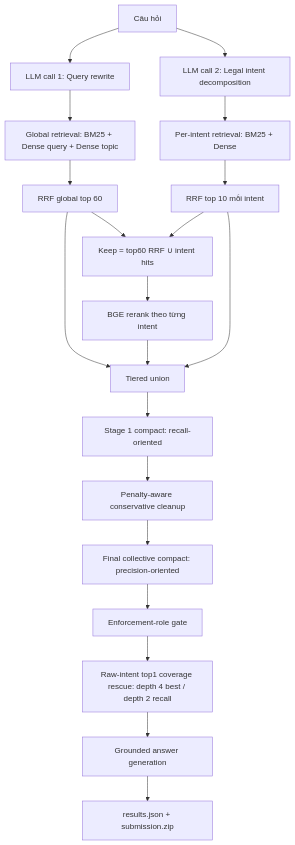
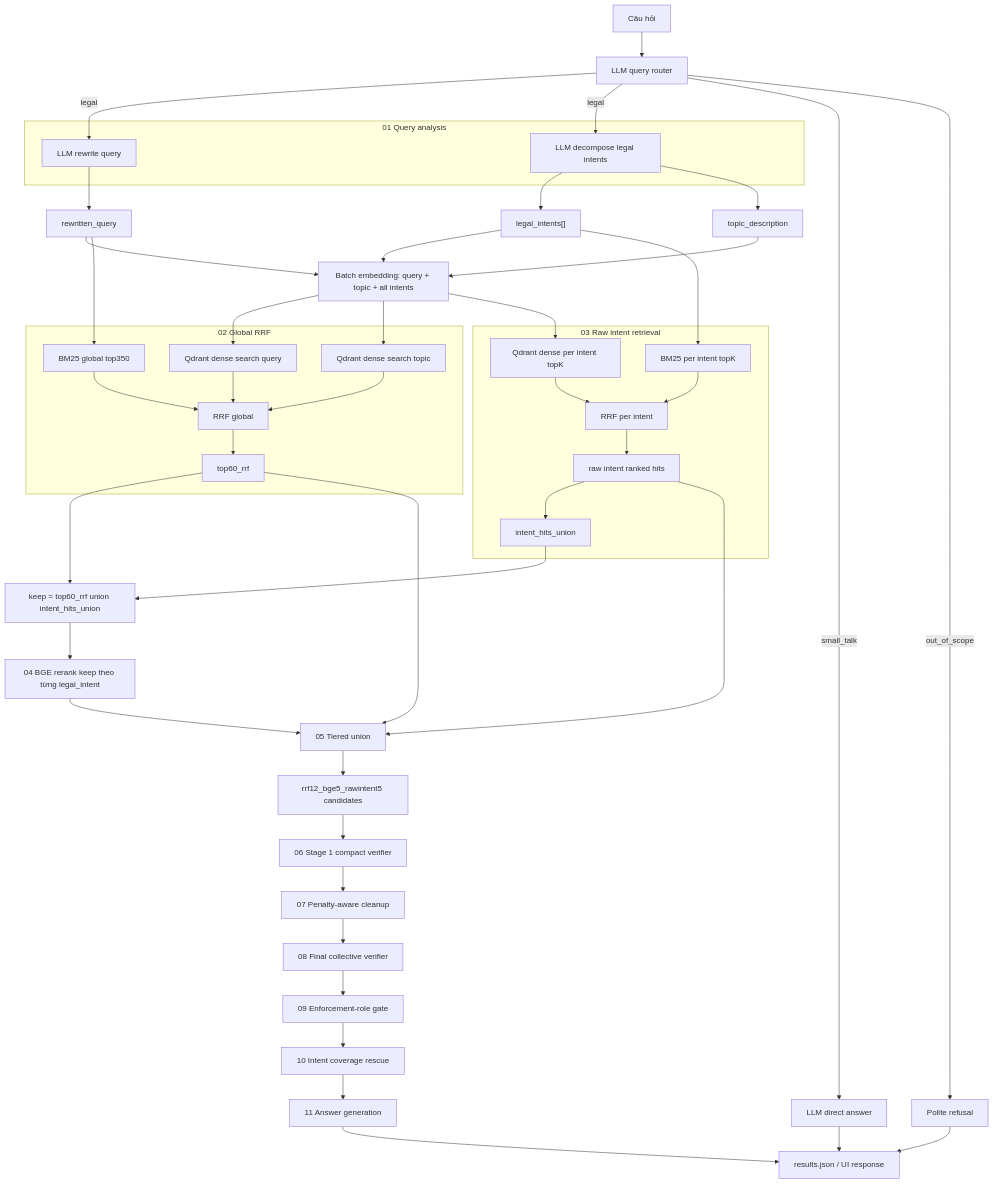
One commit to tuta202/vietnamese-legal-ai changed the second of 3 diagrams in legal-ai/docs/rag-workflow.md. Above: the diagram before and after it, drawn with Mermaid. The commit also changed other lines of this file and 6 other files, not shown here.

````diff
--- a/legal-ai/docs/rag-workflow.md
+++ b/legal-ai/docs/rag-workflow.md
@@ -6,26 +45,61 @@
 ```mermaid
 flowchart TD
-    Q["Câu hỏi"] --> RW["LLM call 1: Query rewrite"]
-    Q --> DI["LLM call 2: Legal intent decomposition"]
+    Q["Câu hỏi"] --> ROUTE["LLM query router"]
+    ROUTE -->|"legal"| RW["LLM rewrite query"]
+    ROUTE -->|"legal"| DC["LLM decompose legal intents"]
+    ROUTE -->|"small_talk"| DIRECT["LLM direct answer"]
+    ROUTE -->|"out_of_scope"| REFUSE["Polite refusal"]
 
-    RW --> GR["Global retrieval: BM25 + Dense query + Dense topic"]
-    GR --> RRF["RRF global top 60"]
+    subgraph A["01 Query analysis"]
+        RW
+        DC
+    end
 
-    DI --> IR["Per-intent retrieval: BM25 + Dense"]
-    IR --> I10["RRF top 10 mỗi intent"]
+    RW --> EQ["rewritten_query"]
+    DC --> IT["legal_intents[]"]
+    DC --> TD["topic_description"]
 
-    RRF --> KEEP["Keep = top60 RRF ∪ intent hits"]
-    I10 --> KEEP
-    KEEP --> BGE["BGE rerank theo từng intent"]
+    EQ --> EB["Batch embedding: query + topic + all intents"]
+    TD --> EB
+    IT --> EB
 
-    RRF --> TIER["Tiered union"]
-    BGE --> TIER
-    I10 --> TIER
-    TIER --> S1["Stage 1 compact: recall-oriented"]
-    S1 --> CLEAN["Penalty-aware conservative cleanup"]
-    CLEAN --> FINAL["Final collective compact: precision-oriented"]
-    FINAL --> GATE["Enforcement-role gate"]
-    GATE --> RESCUE["Raw-intent top1 coverage rescue: depth 4 best / depth 2 recall"]
-    RESCUE --> GEN["Grounded answer generation"]
-    GEN --> OUT["results.json + submission.zip"]
+    EQ --> GBM25["BM25 global top350"]
+    EB --> GDQ["Qdrant dense search query"]
+    EB --> GDT["Qdrant dense search topic"]
+
+    subgraph G["02 Global RRF"]
+        GBM25 --> GRRF["RRF global"]
+        GDQ --> GRRF
+        GDT --> GRRF
+        GRRF --> TOP60["top60_rrf"]
+    end
+
+    IT --> IBM25["BM25 per intent topK"]
+    EB --> IDENSE["Qdrant dense per intent topK"]
+
+    subgraph I["03 Raw intent retrieval"]
+        IBM25 --> IRRF["RRF per intent"]
+        IDENSE --> IRRF
+        IRRF --> RAWI["raw intent ranked hits"]
+        RAWI --> IH["intent_hits_union"]
+    end
+
+    TOP60 --> KEEP["keep = top60_rrf union intent_hits_union"]
+    IH --> KEEP
+
+    KEEP --> BGE["04 BGE rerank keep theo từng legal_intent"]
+    BGE --> TU["05 Tiered union"]
+    TOP60 --> TU
+    RAWI --> TU
+
+    TU --> CAND["rrf12_bge5_rawintent5 candidates"]
+    CAND --> S1["06 Stage 1 compact verifier"]
+    S1 --> PC["07 Penalty-aware cleanup"]
+    PC --> FC["08 Final collective verifier"]
+    FC --> EG["09 Enforcement-role gate"]
+    EG --> RS["10 Intent coverage rescue"]
+    RS --> GEN["11 Answer generation"]
+    GEN --> OUT["results.json / UI response"]
+    DIRECT --> OUT
+    REFUSE --> OUT
 ```
````
